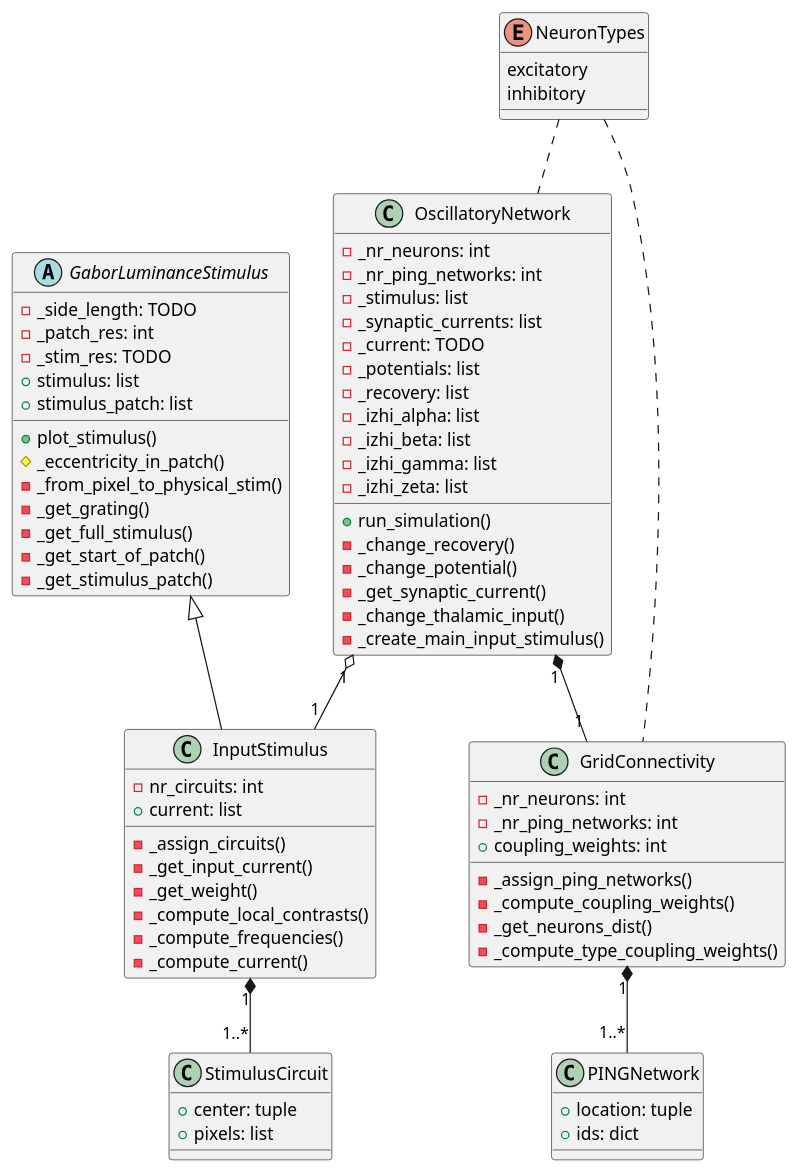
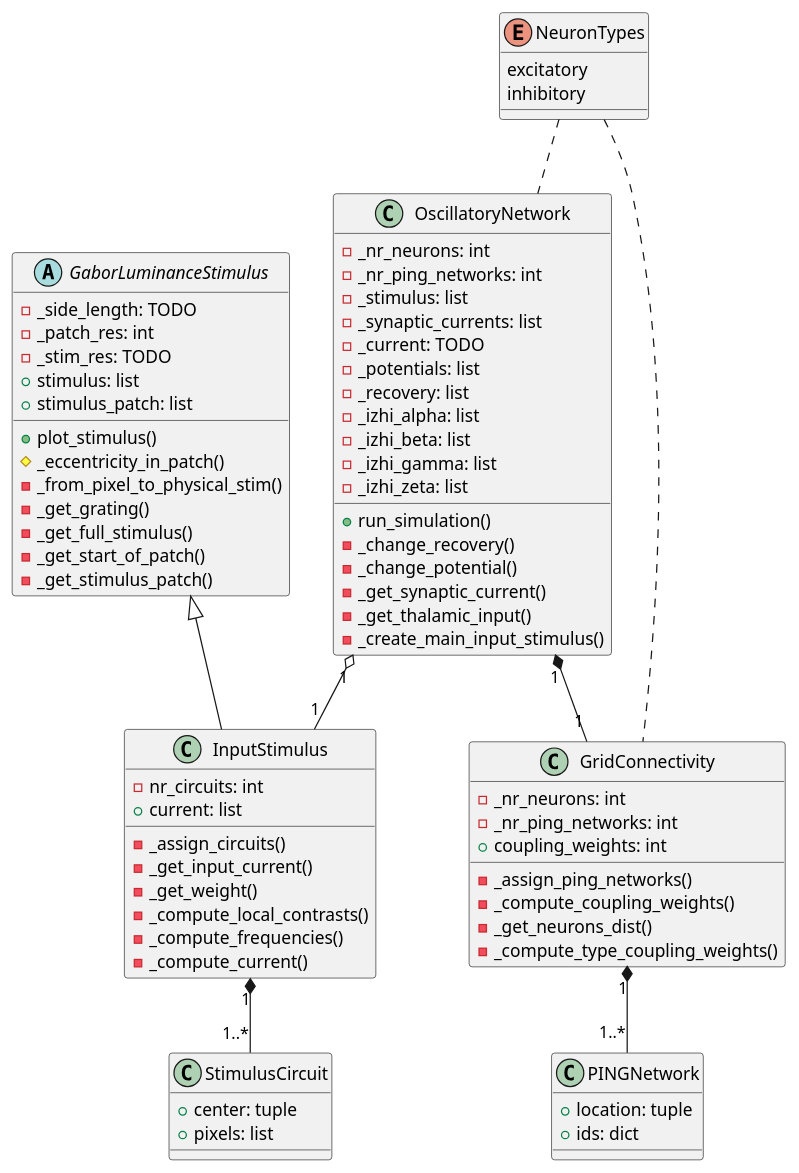
The diagram in docs/source/class-diagram.rst (thatmariia/grid-ping), drawn with PlantUML before and after one commit. The commit also changed 32 other files, not shown here.

```diff
--- a/docs/source/class-diagram.rst
+++ b/docs/source/class-diagram.rst
@@ -60,7 +60,7 @@
       -_change_recovery()
       -_change_potential()
       -_get_synaptic_current()
-      -_change_thalamic_input()
+      -_get_thalamic_input()
       -_create_main_input_stimulus()
     }
 
```
